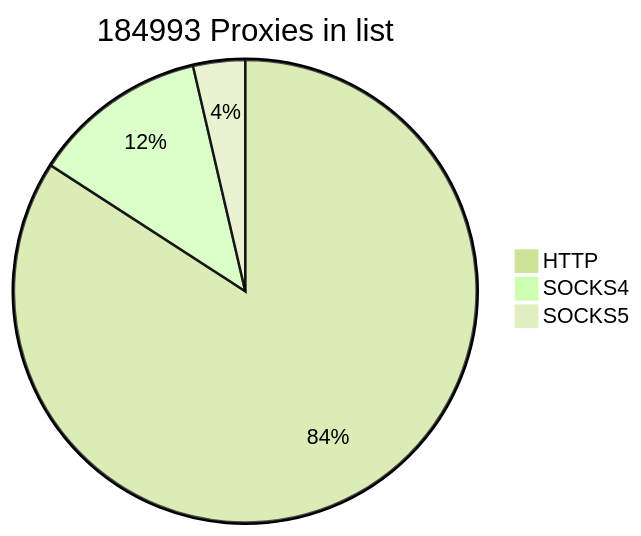
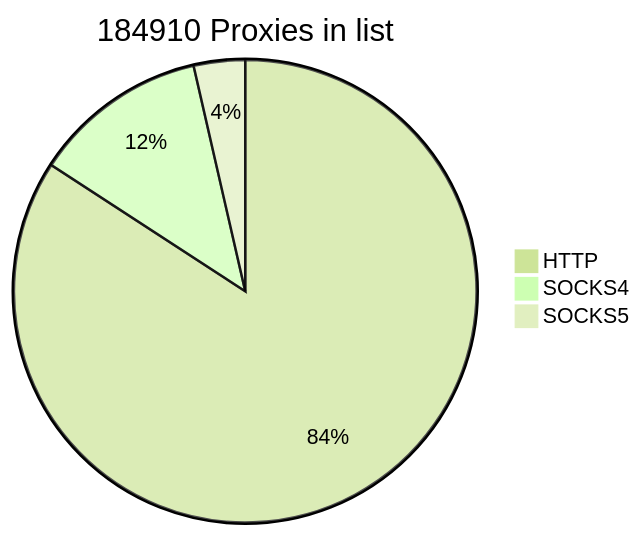
Before and after one commit to cutipu/proxylist: the first of 2 diagrams in README.md, drawn with Mermaid (forest theme). The commit also changed other lines of this file, not shown here.

````diff
--- a/README.md
+++ b/README.md
@@ -2,7 +2,7 @@
 ```mermaid
-pie title 184993 Proxies in list
+pie title 184910 Proxies in list
     "HTTP" : 155659
-    "SOCKS4" : 22621
-    "SOCKS5" : 6713
+    "SOCKS4" : 22620
+    "SOCKS5" : 6631
             
 ```
````
